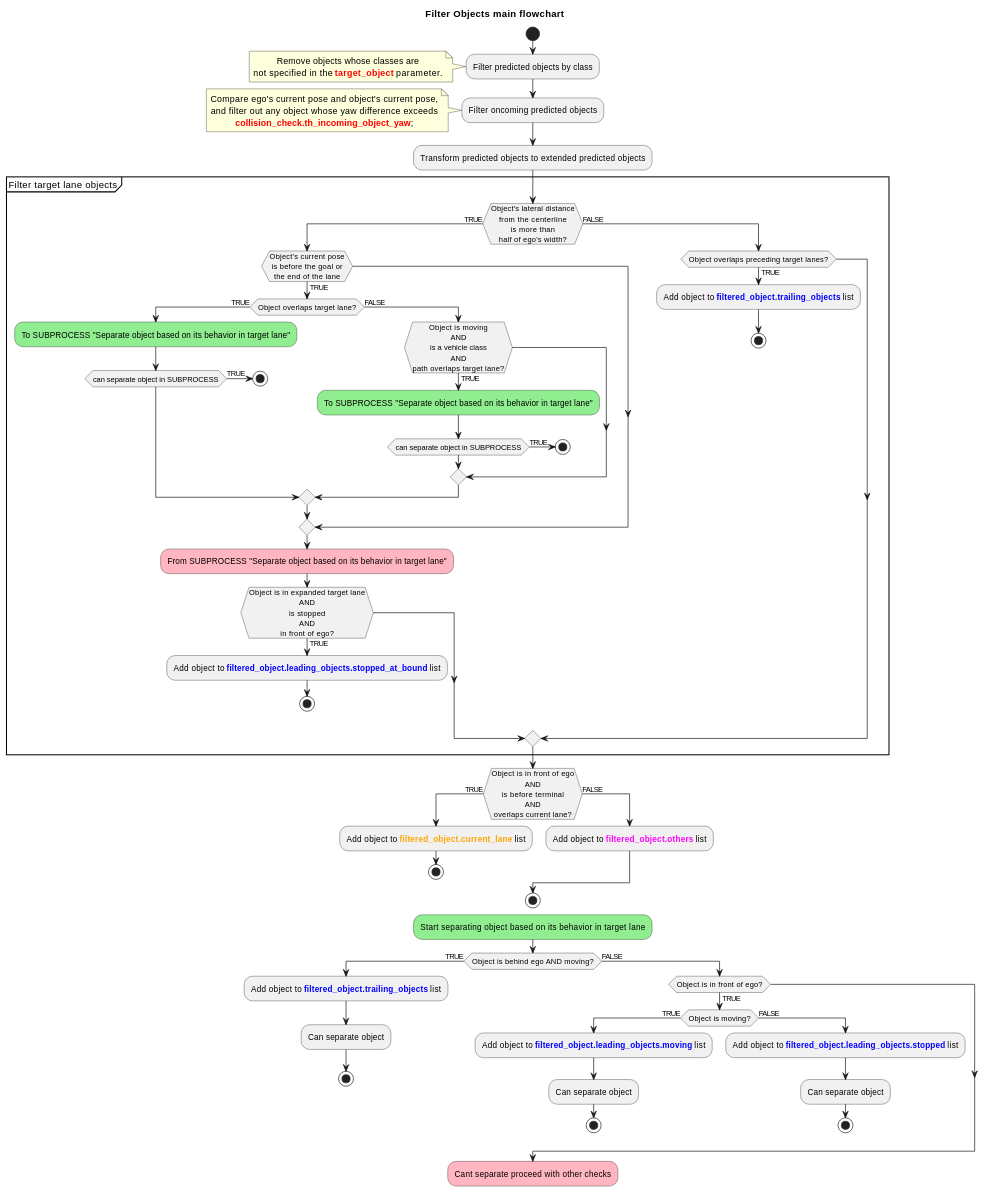
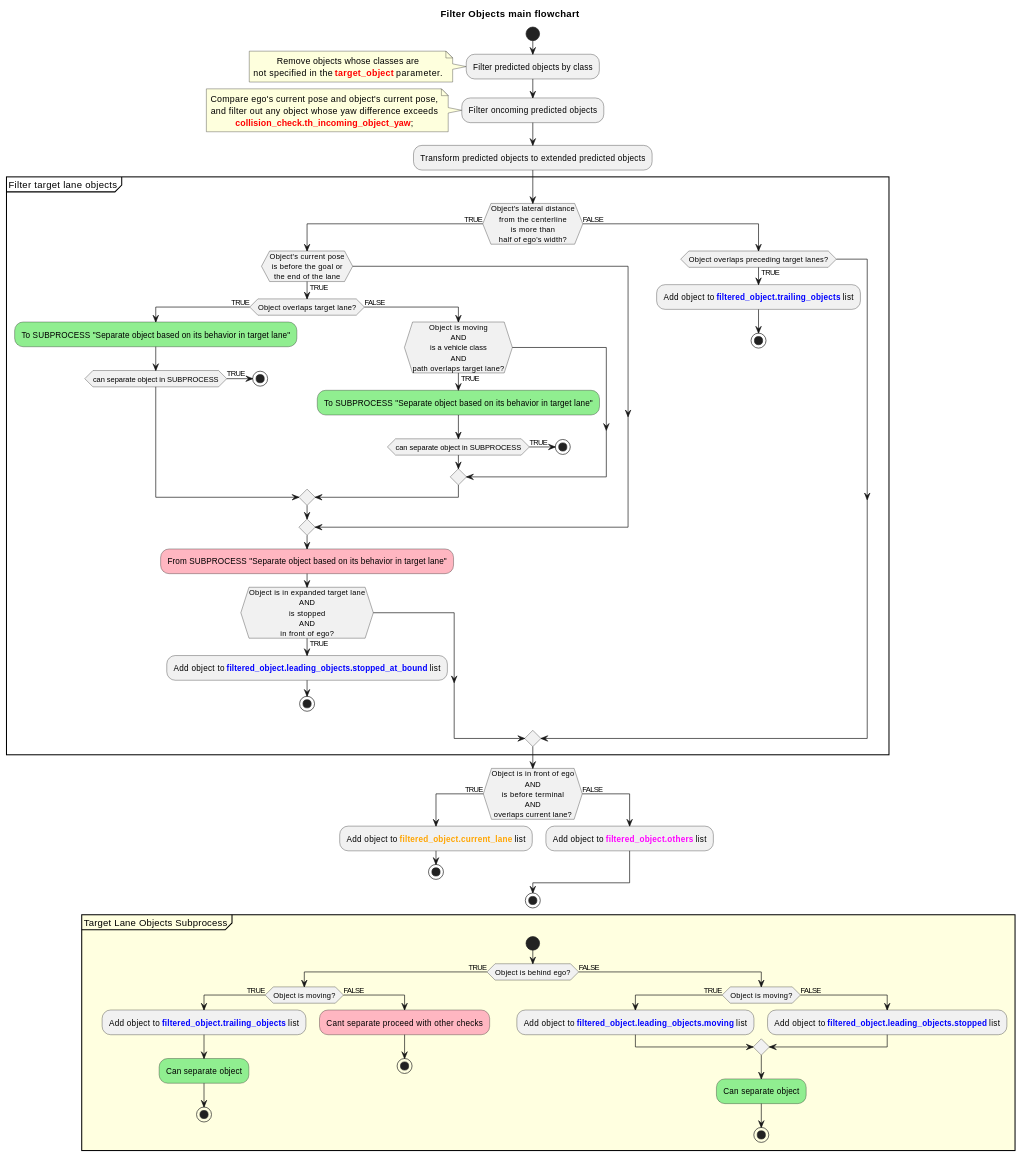
One commit to autowarefoundation/autoware.universe changed the fifth of 11 diagrams in planning/behavior_path_planner/autoware_behavior_path_lane_change_module/README.md. Above: the diagram before and after it, drawn with PlantUML.

````diff
--- a/planning/behavior_path_planner/autoware_behavior_path_lane_change_module/README.md
+++ b/planning/behavior_path_planner/autoware_behavior_path_lane_change_module/README.md
@@ -304,77 +304,78 @@
 ```plantuml
 @startuml
 skinparam defaultTextAlignment center
 skinparam backgroundColor #WHITE
 
 title Filter Objects main flowchart
 
 start
 
 :Filter predicted objects by class;
 note left: Remove objects whose classes are\nnot specified in the <color:red>**target_object**</color> parameter.
 
 :Filter oncoming predicted objects;
 note left: Compare ego's current pose and object's current pose,\nand filter out any object whose yaw difference exceeds\n<color:red>**collision_check.th_incoming_object_yaw**</color>;
 
 :Transform predicted objects to extended predicted objects;
 
 group "Filter target lane objects" {
 if (Object's lateral distance\nfrom the centerline\nis more than\nhalf of ego's width?) then (TRUE)
   if (Object's current pose\nis before the goal or\nthe end of the lane) then (TRUE)
   if (Object overlaps target lane?) then (TRUE)
   #LightGreen:To SUBPROCESS "Separate object based on its behavior in target lane";
   if(can separate object in SUBPROCESS) then (TRUE)
   stop
   endif
   else (FALSE)
   if (Object is moving\nAND\nis a vehicle class\nAND\npath overlaps target lane?) then (TRUE)
   #LightGreen:To SUBPROCESS "Separate object based on its behavior in target lane";
   if(can separate object in SUBPROCESS) then (TRUE)
   stop
   endif
   endif
   endif
   endif
   #LightPink:From SUBPROCESS "Separate object based on its behavior in target lane";
   if (Object is in expanded target lane\nAND\nis stopped\nAND\nin front of ego?) then (TRUE)
   :Add object to <color:blue>**filtered_object.leading_objects.stopped_at_bound**</color> list;
   stop
   endif
   else (FALSE)
   if (Object overlaps preceding target lanes?) then (TRUE)
   :Add object to <color:blue>**filtered_object.trailing_objects**</color> list;
   stop
   endif
 endif
 }
 if (Object is in front of ego\nAND\nis before terminal\nAND\noverlaps current lane?) then (TRUE)
   :Add object to <color:orange>**filtered_object.current_lane**</color> list;
   stop
 else (FALSE)
   :Add object to <color:magenta>**filtered_object.others**</color> list;
 endif
 
 stop
 
-#LightGreen:Start separating object based on its behavior in target lane;
-if (Object is behind ego AND moving?) then (TRUE)
-  :Add object to <color:blue>**filtered_object.trailing_objects**</color> list;
-  :Can separate object;
-  stop
-else (FALSE)
-  if (Object is in front of ego?) then (TRUE)
-    if (Object is moving?) then (TRUE)
-    :Add object to <color:blue>**filtered_object.leading_objects.moving**</color> list;
-    :Can separate object;
+group Target Lane Objects Subprocess #LightYellow
+start
+if (Object is behind ego?) then (TRUE)
+  if (Object is moving?) then (TRUE)
+    :Add object to <color:blue>**filtered_object.trailing_objects**</color> list;
+    #LightGreen:Can separate object;
     stop
   else (FALSE)
-  :Add object to <color:blue>**filtered_object.leading_objects.stopped**</color> list;
-  :Can separate object;
+    #LightPink:Cant separate proceed with other checks;
+    stop
+  endif
+else (FALSE)
+  if (Object is moving?) then (TRUE)
+    :Add object to <color:blue>**filtered_object.leading_objects.moving**</color> list;
+  else (FALSE)
+    :Add object to <color:blue>**filtered_object.leading_objects.stopped**</color> list;
+  endif
+  #LightGreen:Can separate object;
   stop
-  endif
-  endif
 endif
-#LightPink:Cant separate proceed with other checks;
 
 @enduml
 ```
````
